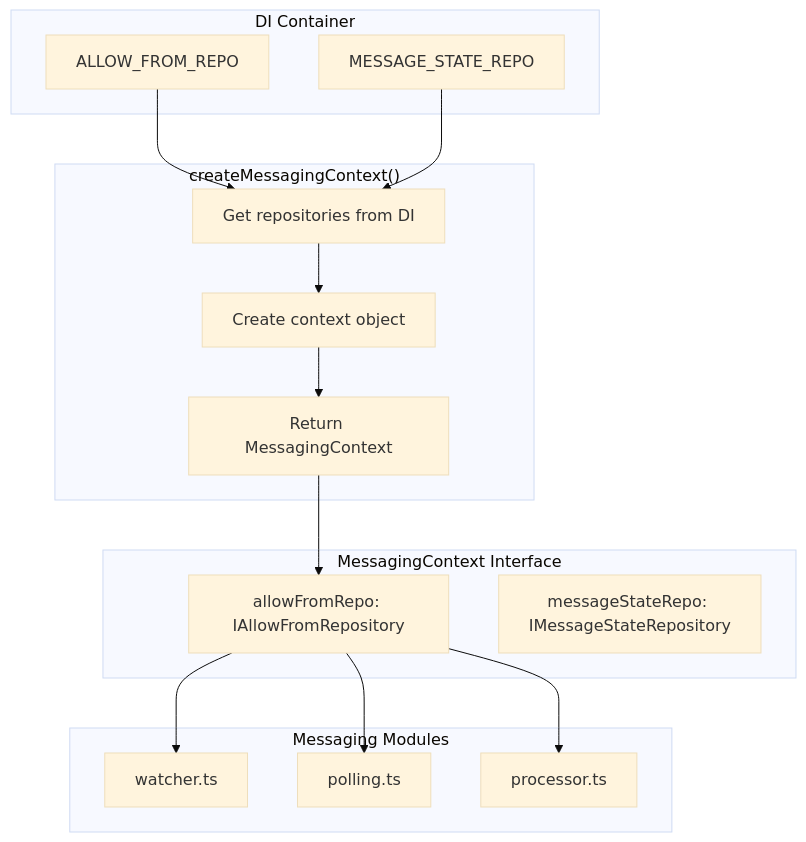
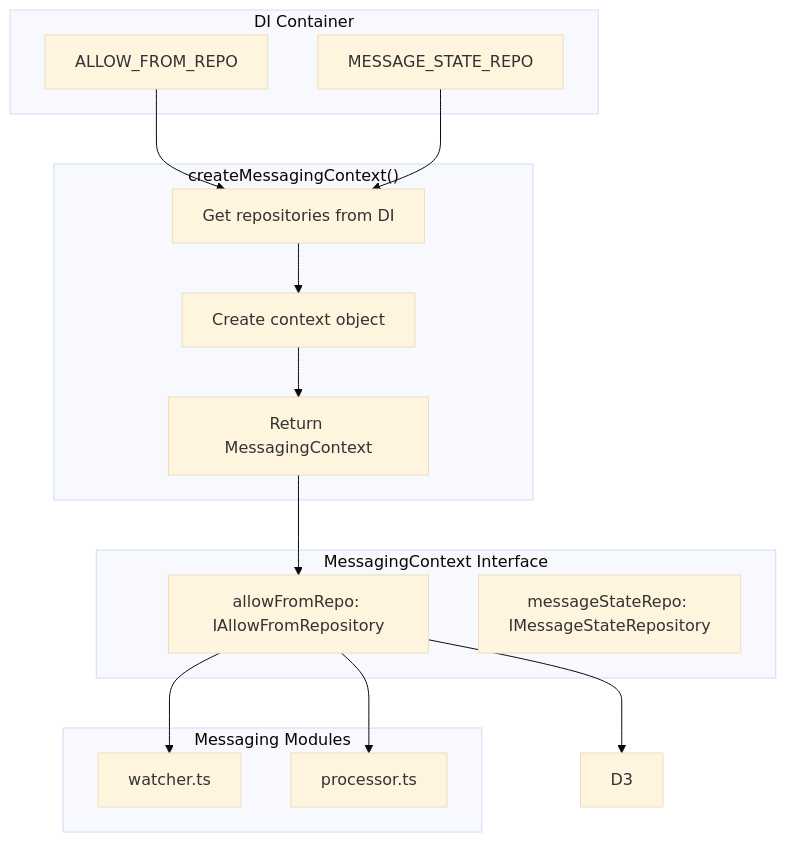
One commit to clawparty-ai/openclaw-channel-plugin-ztm changed the diagram in docs/adr/ADR-006-context-isolation-pattern.md. Above: the diagram before and after it, drawn with Mermaid (base theme). The commit also changed other lines of this file and 44 other files, not shown here.

````diff
--- a/docs/adr/ADR-006-context-isolation-pattern.md
+++ b/docs/adr/ADR-006-context-isolation-pattern.md
@@ -29,33 +29,32 @@
 ```mermaid
 flowchart TD
     subgraph DI["DI Container"]
         A1["ALLOW_FROM_REPO"]
         A2["MESSAGE_STATE_REPO"]
     end
 
     subgraph Factory["createMessagingContext()"]
         B1["Get repositories from DI"]
         B2["Create context object"]
         B3["Return MessagingContext"]
     end
 
     subgraph Context["MessagingContext Interface"]
         C1["allowFromRepo: IAllowFromRepository"]
         C2["messageStateRepo: IMessageStateRepository"]
     end
 
     subgraph Consumers["Messaging Modules"]
         D1["watcher.ts"]
-        D2["polling.ts"]
-        D3["processor.ts"]
+        D2["processor.ts"]
     end
 
     A1 --> B1
     A2 --> B1
     B1 --> B2
     B2 --> B3
     B3 --> C1
     C1 --> D1
     C1 --> D2
     C1 --> D3
 ```
````
